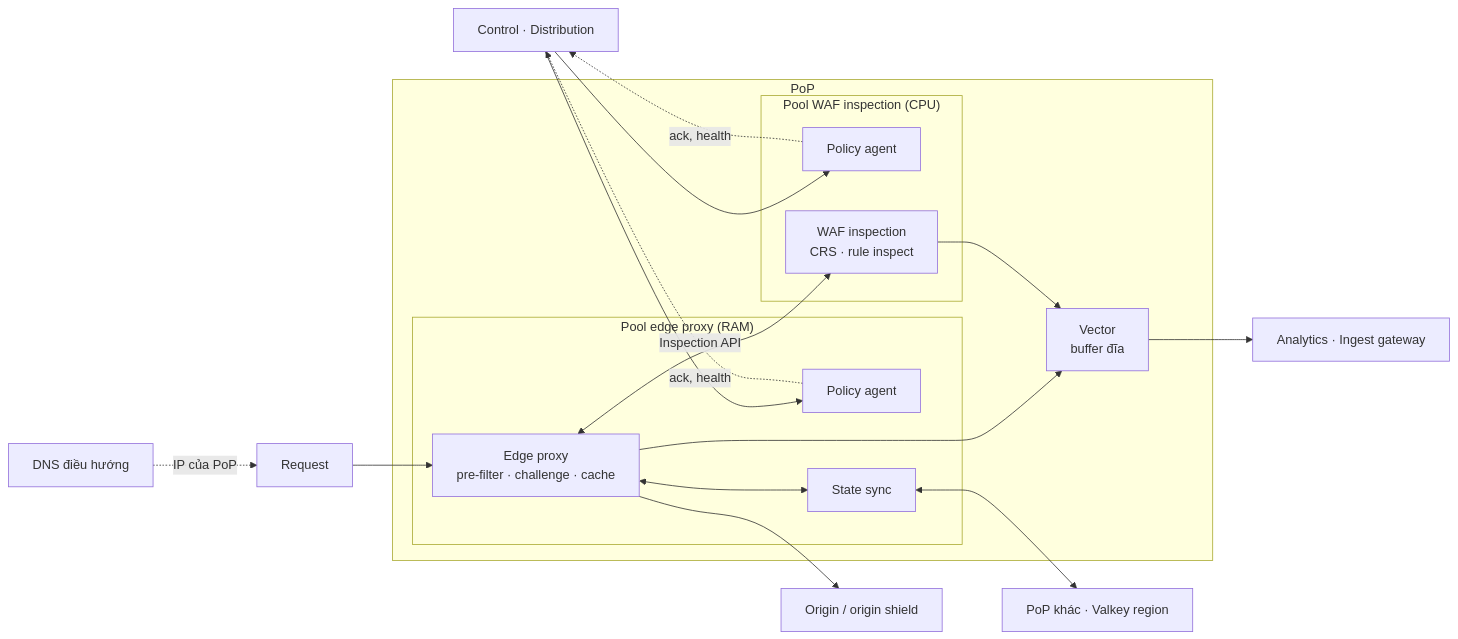
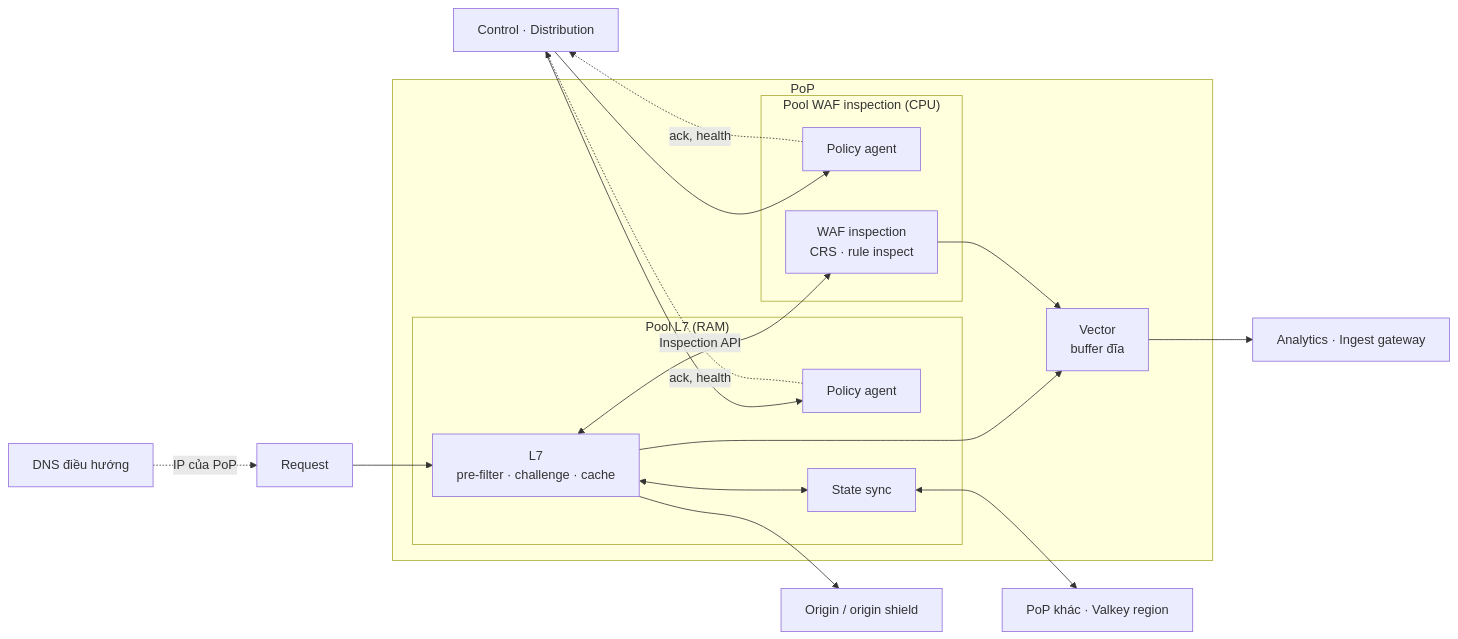
Before and after one commit to metap-org/metap-demo-waf: the diagram in docs/architecture/05-building-blocks/03-edge-plane.md, drawn with Mermaid. The commit also changed other lines of this file and 38 other files, not shown here.

First line of the commit message:
docs: rename the edge proxy tier to L7

````diff
--- a/docs/architecture/05-building-blocks/03-edge-plane.md
+++ b/docs/architecture/05-building-blocks/03-edge-plane.md
@@ -16,34 +16,34 @@
 ```mermaid
 flowchart LR
     ctrl["Control · Distribution"]
     peers["PoP khác · Valkey region"]
     ana["Analytics · Ingest gateway"]
     dns["DNS điều hướng"]
     req["Request"]
     origin["Origin / origin shield"]
 
     subgraph POP["PoP"]
-        subgraph PX["Pool edge proxy (RAM)"]
+        subgraph PX["Pool L7 (RAM)"]
             agp["Policy agent"]
-            px["Edge proxy<br/>pre-filter · challenge · cache"]
+            px["L7<br/>pre-filter · challenge · cache"]
             sync["State sync"]
         end
         subgraph WF["Pool WAF inspection (CPU)"]
             agw["Policy agent"]
             waf["WAF inspection<br/>CRS · rule inspect"]
         end
         ship["Vector<br/>buffer đĩa"]
     end
 
     dns -.->|IP của PoP| req
     req --> px
     px <-->|Inspection API| waf
     px --> origin
     ctrl --> agp
     ctrl --> agw
     agp -.->|ack, health| ctrl
     agw -.->|ack, health| ctrl
     px <--> sync <--> peers
     px --> ship --> ana
     waf --> ship
 ```
````
